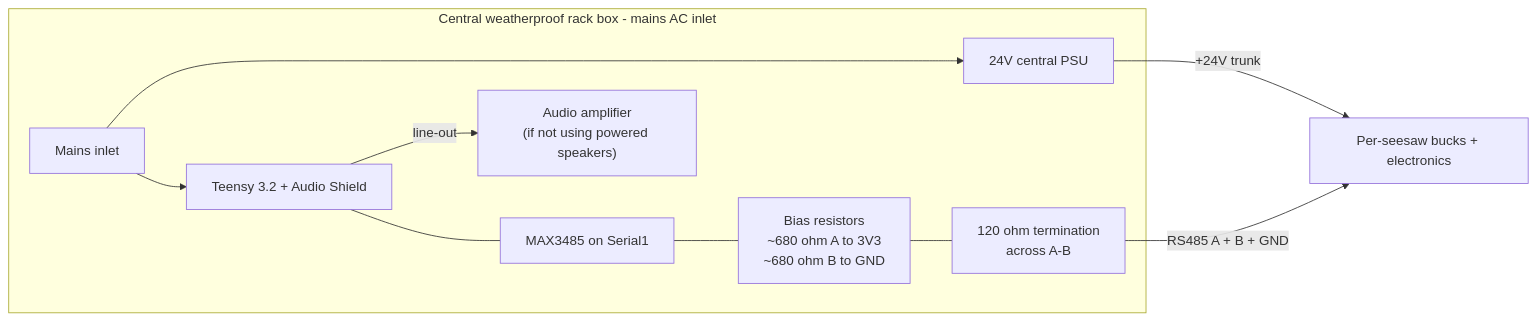
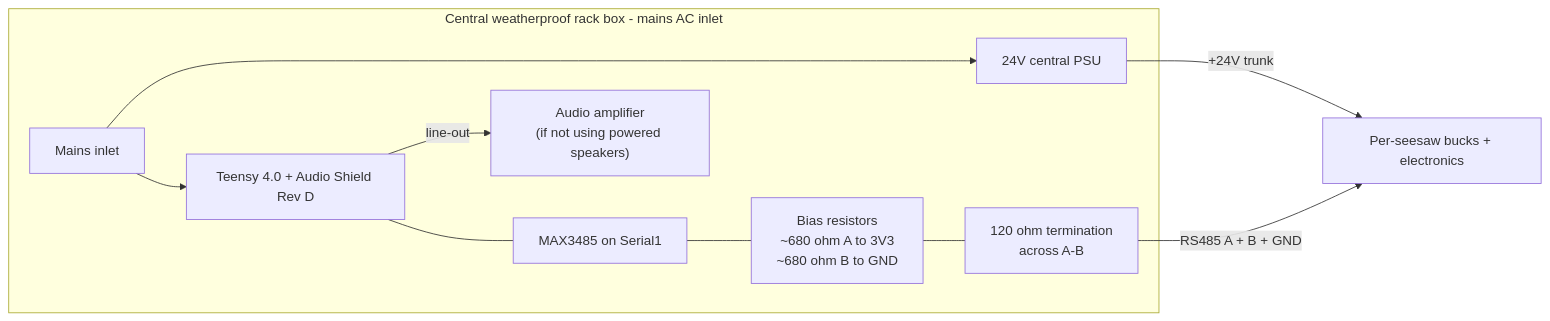
The diagram in Audio/README.md (walkerkaiman/Seesaws), drawn with Mermaid before and after one commit. The commit also changed other lines of this file and 7 other files, not shown here.

````diff
--- a/Audio/README.md
+++ b/Audio/README.md
@@ -27,19 +27,19 @@
 ```mermaid
 flowchart LR
     subgraph rack [Central weatherproof rack box - mains AC inlet]
         Mains["Mains inlet"]
         PSU24["24V central PSU"]
-        TAudio["Teensy 3.2 + Audio Shield"]
+        TAudio["Teensy 4.0 + Audio Shield Rev D"]
         Amp["Audio amplifier<br/>(if not using powered speakers)"]
         XCVR["MAX3485 on Serial1"]
         Bias["Bias resistors<br/>~680 ohm A to 3V3<br/>~680 ohm B to GND"]
         Term["120 ohm termination<br/>across A-B"]
         Mains --> PSU24
         Mains --> TAudio
         TAudio -->|"line-out"| Amp
         TAudio --- XCVR
         XCVR --- Bias --- Term
     end
     PSU24 -->|"+24V trunk"| Field["Per-seesaw bucks + electronics"]
     Term -->|"RS485 A + B + GND"| Field
 ```
````
